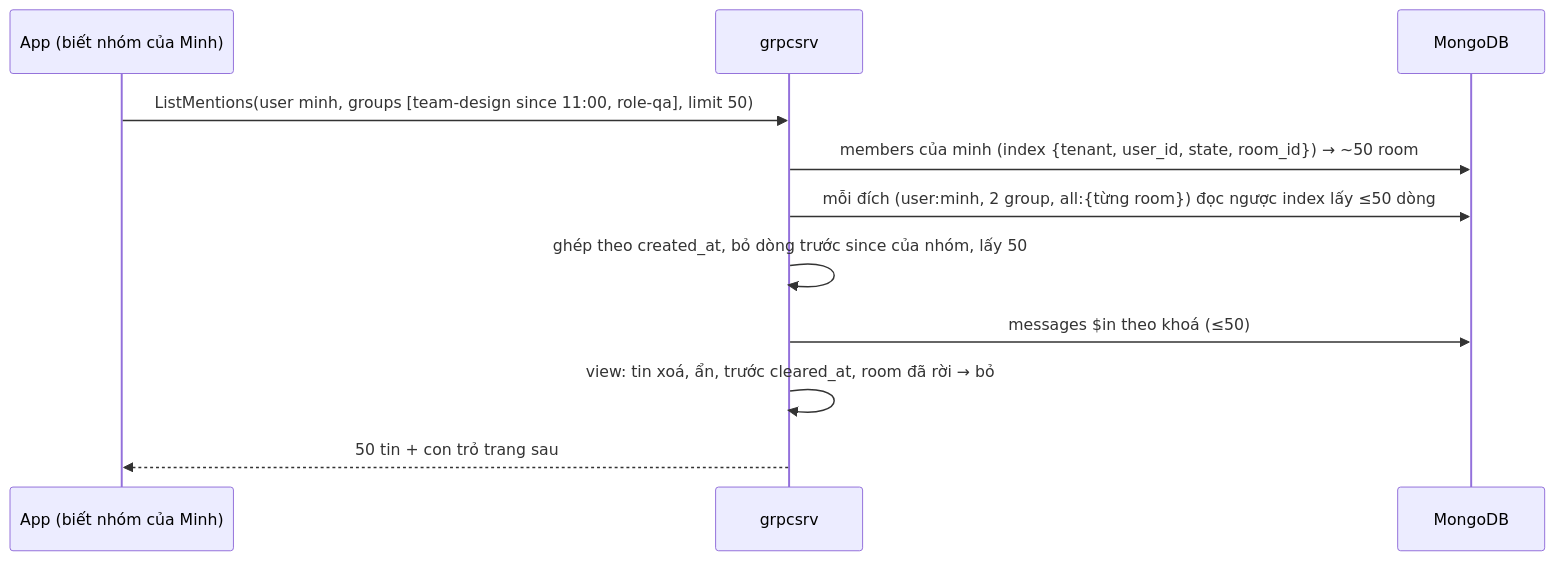
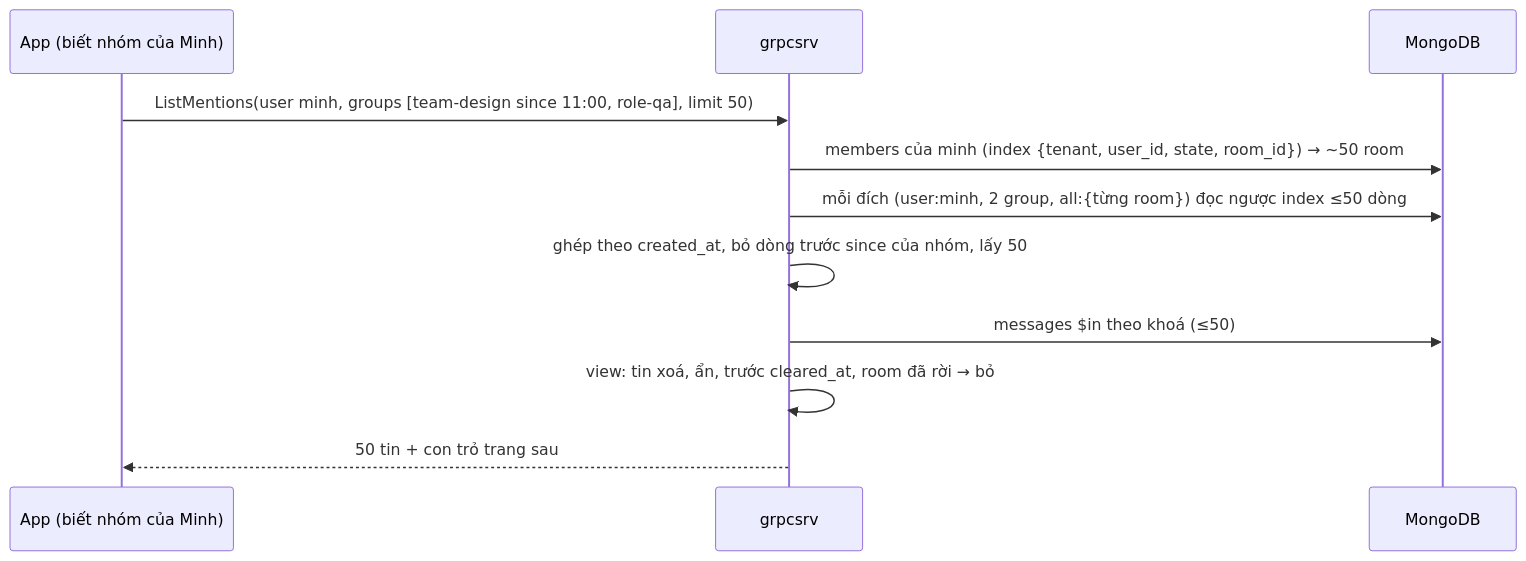
Before and after one commit to ivannguyendev/chatim: the fourth of 5 diagrams in docs/plans/2026-10-10-m2c-threads-mentions-summary.md, drawn with Mermaid. The commit also changed other lines of this file and 2 other files, not shown here.

````diff
--- a/docs/plans/2026-10-10-m2c-threads-mentions-summary.md
+++ b/docs/plans/2026-10-10-m2c-threads-mentions-summary.md
@@ -228,13 +231,13 @@
 ```mermaid
 sequenceDiagram
   participant App as App (biết nhóm của Minh)
   participant G as grpcsrv
   participant DB as MongoDB
   App->>G: ListMentions(user minh, groups [team-design since 11:00, role-qa], limit 50)
   G->>DB: members của minh (index {tenant, user_id, state, room_id}) → ~50 room
-  G->>DB: mỗi đích (user:minh, 2 group, all:{từng room}) đọc ngược index lấy ≤50 dòng
+  G->>DB: mỗi đích (user:minh, 2 group, all:{từng room}) đọc ngược index ≤50 dòng
   G->>G: ghép theo created_at, bỏ dòng trước since của nhóm, lấy 50
   G->>DB: messages $in theo khoá (≤50)
   G->>G: view: tin xoá, ẩn, trước cleared_at, room đã rời → bỏ
   G-->>App: 50 tin + con trỏ trang sau
 ```
````
